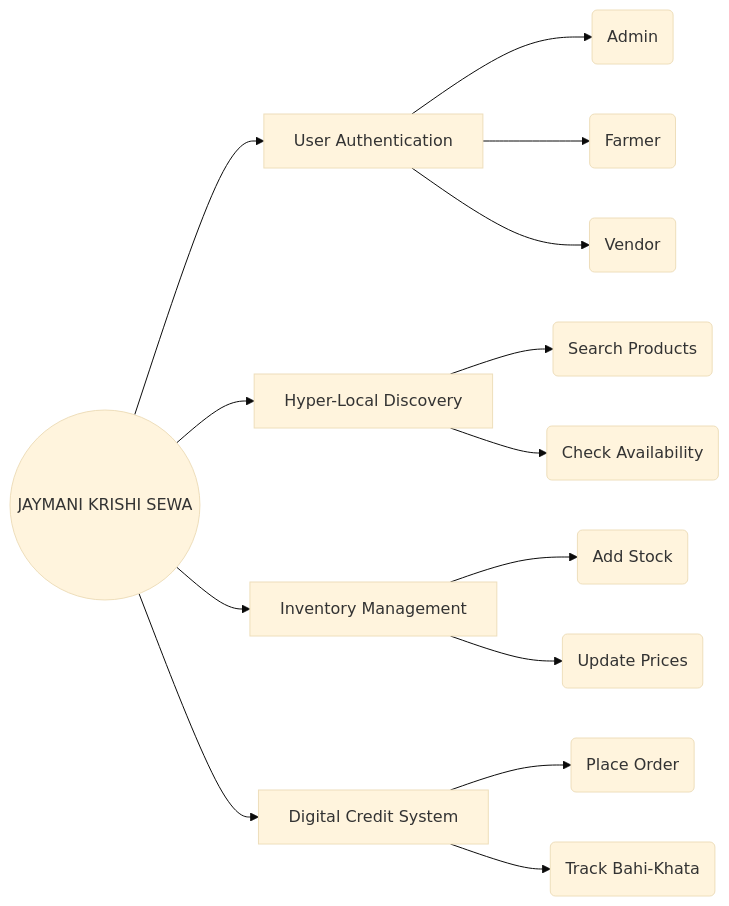
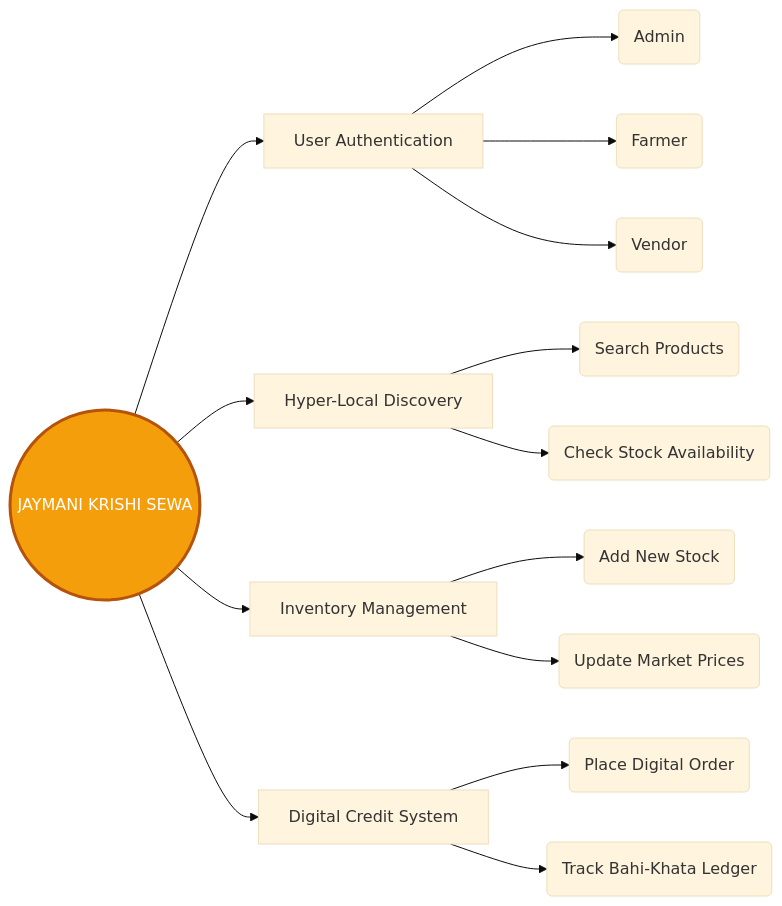
One commit to hmpmanish/jaymani-krishi-sewa changed the second of 5 diagrams in docs/Project_Design_Report_PO_Mapping.md. Above: the diagram before and after it, drawn with Mermaid (base theme). The commit also changed other lines of this file, not shown here.

````diff
--- a/docs/Project_Design_Report_PO_Mapping.md
+++ b/docs/Project_Design_Report_PO_Mapping.md
@@ -39,14 +64,16 @@
 ```mermaid
 graph LR
     A((JAYMANI KRISHI SEWA)) --> B[User Authentication]
     B --> B1(Admin) & B2(Farmer) & B3(Vendor)
     
     A --> C[Hyper-Local Discovery]
-    C --> C1(Search Products) & C2(Check Availability)
+    C --> C1(Search Products) & C2(Check Stock Availability)
     
     A --> D[Inventory Management]
-    D --> D1(Add Stock) & D2(Update Prices)
+    D --> D1(Add New Stock) & D2(Update Market Prices)
     
     A --> E[Digital Credit System]
-    E --> E1(Place Order) & E2(Track Bahi-Khata)
+    E --> E1(Place Digital Order) & E2(Track Bahi-Khata Ledger)
+    
+    style A fill:#f59e0b,color:#fff,stroke:#b45309,stroke-width:3px
 ```
````
